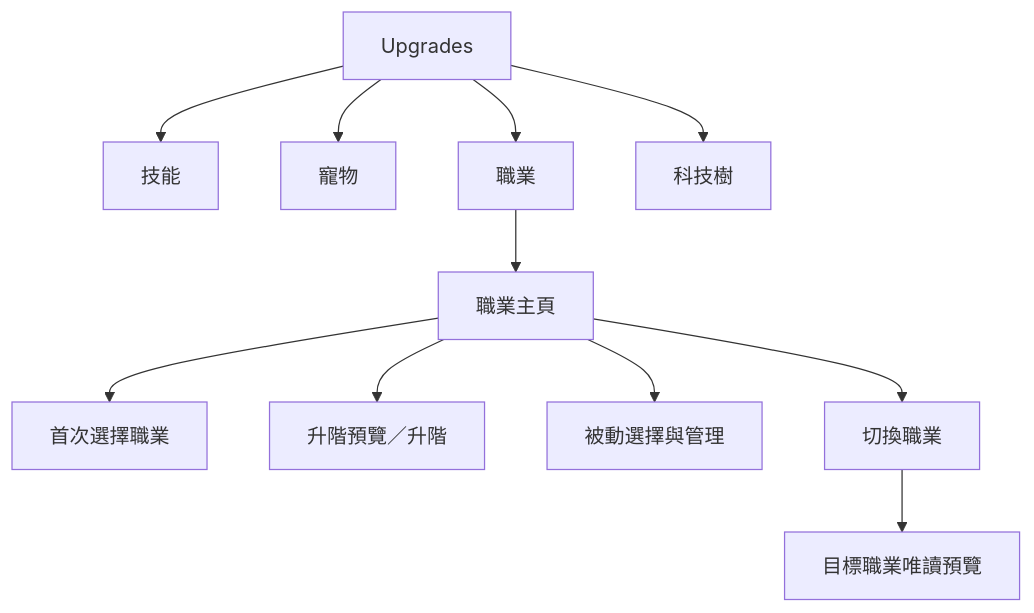
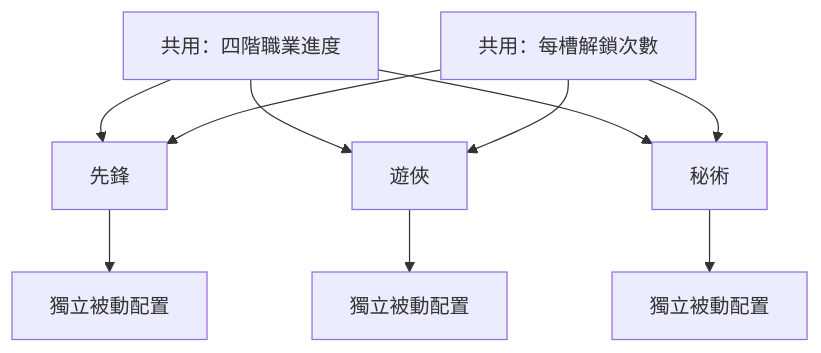
Before and after one commit to hank-jc/career-system-prototype: the second of 2 diagrams in 職業系統設計Review版.md, drawn with Mermaid. The commit also changed other lines of this file and 5 other files, not shown here.

````diff
--- a/職業系統設計Review版.md
+++ b/職業系統設計Review版.md
@@ -304,13 +34,12 @@
 ```mermaid
 flowchart TB
-    U[Upgrades] --> T1[技能]
-    U --> T2[寵物]
-    U --> T3[職業]
-    U --> T4[科技樹]
-    T3 --> HOME[職業主頁]
-    HOME --> PICK[首次選擇職業]
-    HOME --> EVO[升階預覽／升階]
-    HOME --> PASSIVE[被動選擇與管理]
-    HOME --> SWITCH[切換職業]
-    SWITCH --> PREVIEW[目標職業唯讀預覽]
+    G[共用：四階職業進度] --> W[先鋒]
+    G --> R[遊俠]
+    G --> M[秘術]
+    U[共用：每槽解鎖次數] --> W
+    U --> R
+    U --> M
+    W --> WP[獨立被動配置]
+    R --> RP[獨立被動配置]
+    M --> MP[獨立被動配置]
 ```
````
